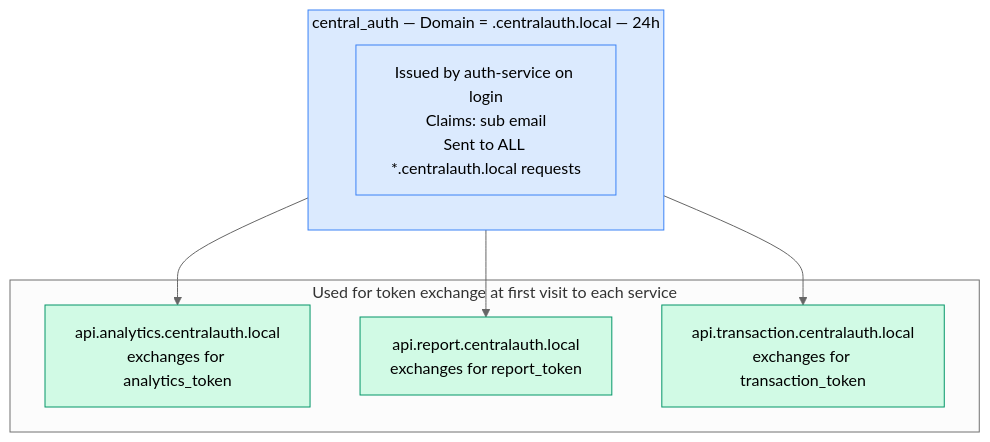
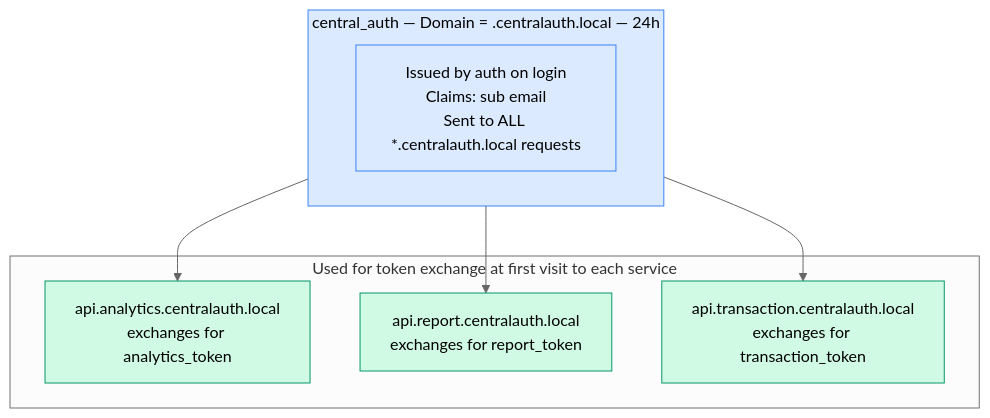
The seventh of 15 diagrams in docs/architecture.md (dimiklabs/central-auth), drawn with Mermaid (neutral theme) before and after one commit. The commit also changed other lines of this file and 88 other files, not shown here.

````diff
--- a/docs/architecture.md
+++ b/docs/architecture.md
@@ -229,21 +229,21 @@
 ```mermaid
 graph TB
     subgraph CentralCookie ["central_auth — Domain = .centralauth.local — 24h"]
-        CC["Issued by auth-service on login\nClaims: sub email\nSent to ALL *.centralauth.local requests"]
+        CC["Issued by auth on login\nClaims: sub email\nSent to ALL *.centralauth.local requests"]
     end
 
     subgraph Uses ["Used for token exchange at first visit to each service"]
         AA["api.analytics.centralauth.local\nexchanges for analytics_token"]
         RA["api.report.centralauth.local\nexchanges for report_token"]
         TA["api.transaction.centralauth.local\nexchanges for transaction_token"]
     end
 
     CentralCookie --> AA
     CentralCookie --> RA
     CentralCookie --> TA
 
     classDef central fill:#dbeafe,stroke:#3b82f6,color:#000
     classDef svc fill:#d1fae5,stroke:#059669,color:#000
     class CentralCookie,CC central
     class AA,RA,TA svc
 ```
````
